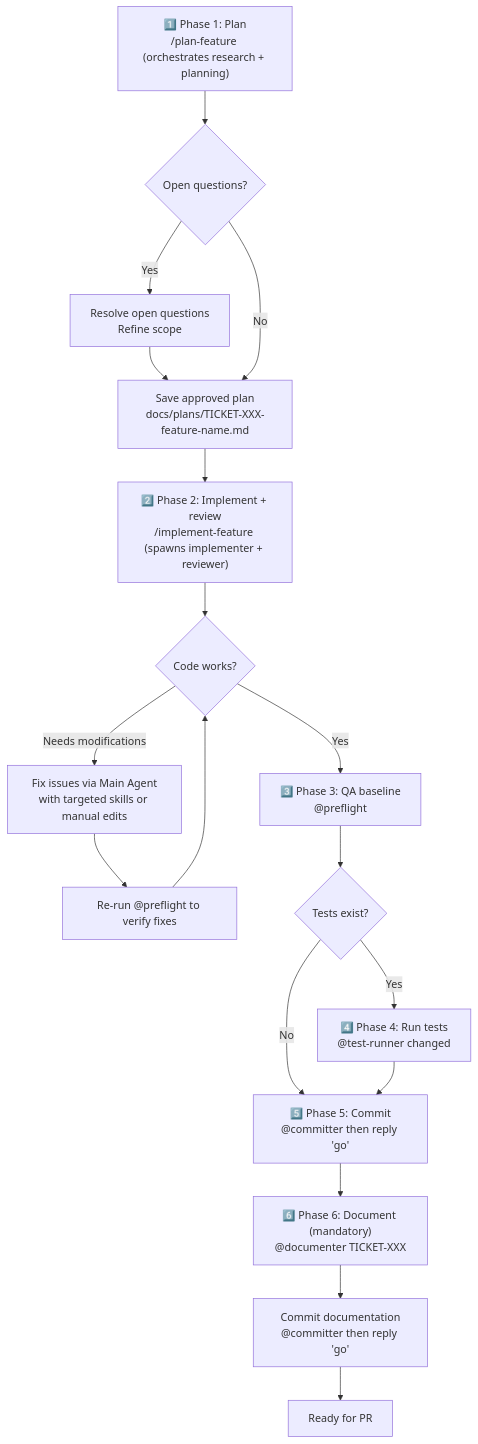
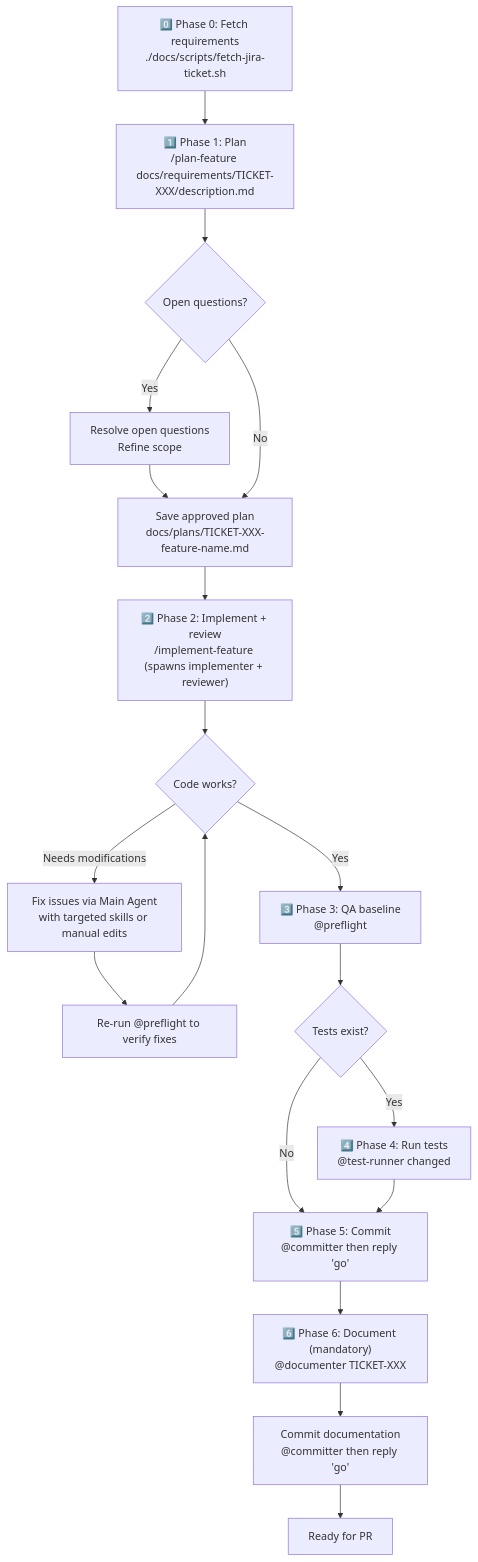
Before and after one commit to damian-demasi-aligent/ai-agent-tool-chain-magento: the second of 2 diagrams in docs/manuals/01-workflows/feature-development.md, drawn with Mermaid. The commit also changed other lines of this file and 8 other files, not shown here.

Commit message:
Improve skills to make better use of tokens and add script to fetch Jira tickets with images and attachments

````diff
--- a/docs/manuals/01-workflows/feature-development.md
+++ b/docs/manuals/01-workflows/feature-development.md
@@ -99,20 +99,21 @@
 ```mermaid
 flowchart TD
-    A["1️⃣ Phase 1: Plan<br/>/plan-feature (orchestrates research + planning)"] --> B{Open questions?}
+    Z["0️⃣ Phase 0: Fetch requirements<br/>./docs/scripts/fetch-jira-ticket.sh"] --> A
+    A["1️⃣ Phase 1: Plan<br/>/plan-feature docs/requirements/TICKET-XXX/description.md"] --> B{Open questions?}
     B -- Yes --> C[Resolve open questions<br/>Refine scope]
     C --> D
     B -- No --> D[Save approved plan<br/>docs/plans/TICKET-XXX-feature-name.md]
     D --> E["2️⃣ Phase 2: Implement + review<br/>/implement-feature (spawns implementer + reviewer)"]
     E --> F{Code works?}
     F -- "Needs modifications" --> G[Fix issues via Main Agent<br/>with targeted skills or manual edits]
     G --> E2["Re-run @preflight to verify fixes"]
     E2 --> F
     F -- Yes --> H["3️⃣ Phase 3: QA baseline<br/>@preflight"]
     H --> I{Tests exist?}
     I -- Yes --> J["4️⃣ Phase 4: Run tests<br/>@test-runner changed"]
     I -- No --> K["5️⃣ Phase 5: Commit<br/>@committer then reply 'go'"]
     J --> K
     K --> L["6️⃣ Phase 6: Document (mandatory)<br/>@documenter TICKET-XXX"]
     L --> M["Commit documentation<br/>@committer then reply 'go'"]
     M --> N[Ready for PR]
 ```
````
